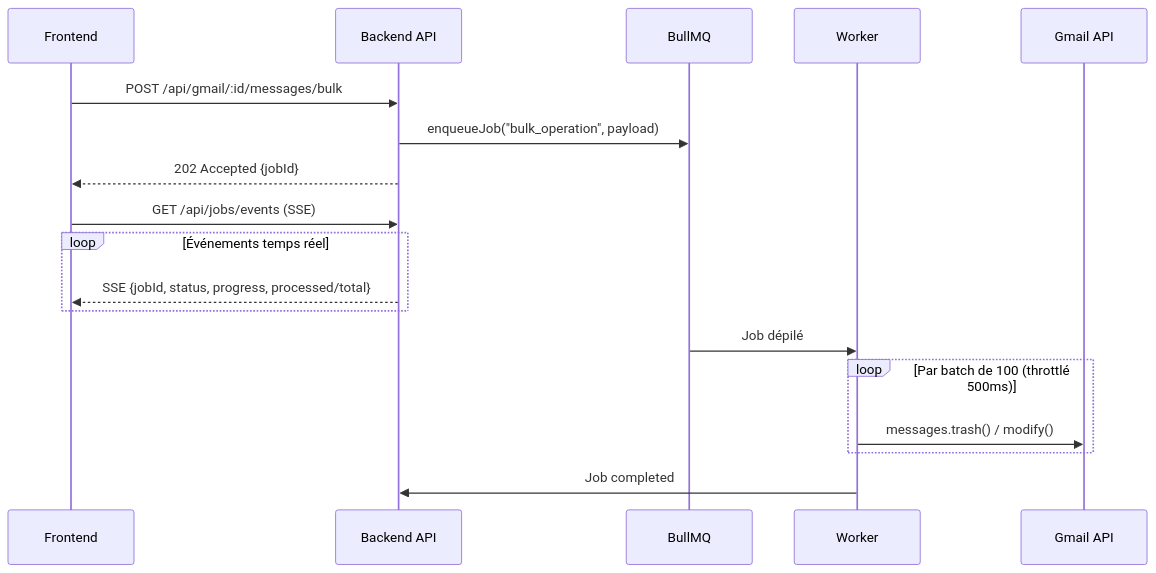
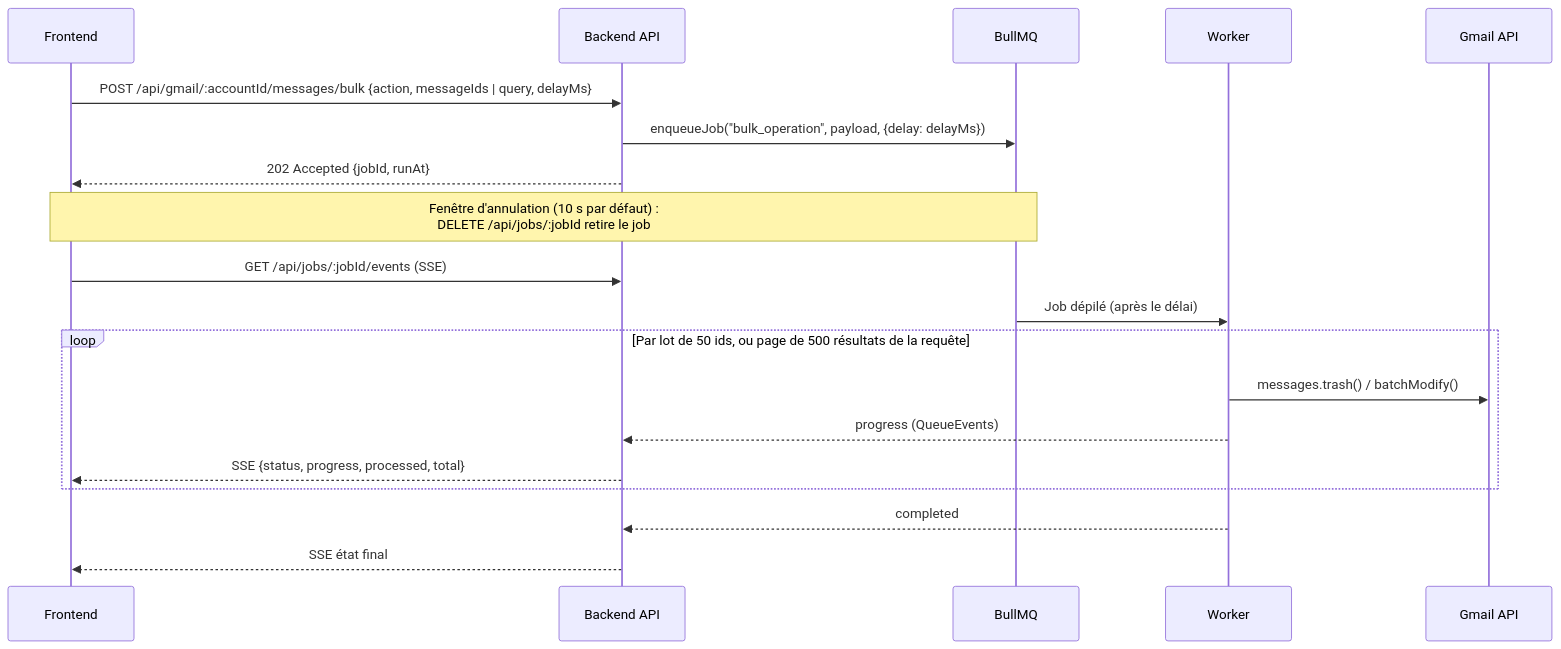
The second of 4 diagrams in docs/fr/technical/overview.md (Le-Nid/nid), drawn with Mermaid before and after one commit. The commit also changed other lines of this file and 13 other files, not shown here.

First line of the commit message:
docs(technical): align architecture pages with the current code

````diff
--- a/docs/fr/technical/overview.md
+++ b/docs/fr/technical/overview.md
@@ -40,23 +43,24 @@
 ```mermaid
 sequenceDiagram
     participant UI as Frontend
     participant API as Backend API
     participant Queue as BullMQ
     participant Worker as Worker
     participant Gmail as Gmail API
 
-    UI->>API: POST /api/gmail/:id/messages/bulk
-    API->>Queue: enqueueJob("bulk_operation", payload)
-    API-->>UI: 202 Accepted {jobId}
-    
-    UI->>API: GET /api/jobs/events (SSE)
-    loop Événements temps réel
-        API-->>UI: SSE {jobId, status, progress, processed/total}
+    UI->>API: POST /api/gmail/:accountId/messages/bulk {action, messageIds | query, delayMs}
+    API->>Queue: enqueueJob("bulk_operation", payload, {delay: delayMs})
+    API-->>UI: 202 Accepted {jobId, runAt}
+
+    Note over UI,Queue: Fenêtre d'annulation (10 s par défaut) :<br/>DELETE /api/jobs/:jobId retire le job
+
+    UI->>API: GET /api/jobs/:jobId/events (SSE)
+    Queue->>Worker: Job dépilé (après le délai)
+    loop Par lot de 50 ids, ou page de 500 résultats de la requête
+        Worker->>Gmail: messages.trash() / batchModify()
+        Worker-->>API: progress (QueueEvents)
+        API-->>UI: SSE {status, progress, processed, total}
     end
-
-    Queue->>Worker: Job dépilé
-    loop Par batch de 100 (throttlé 500ms)
-        Worker->>Gmail: messages.trash() / modify()
-    end
-    Worker->>API: Job completed
+    Worker-->>API: completed
+    API-->>UI: SSE état final
 ```
````
